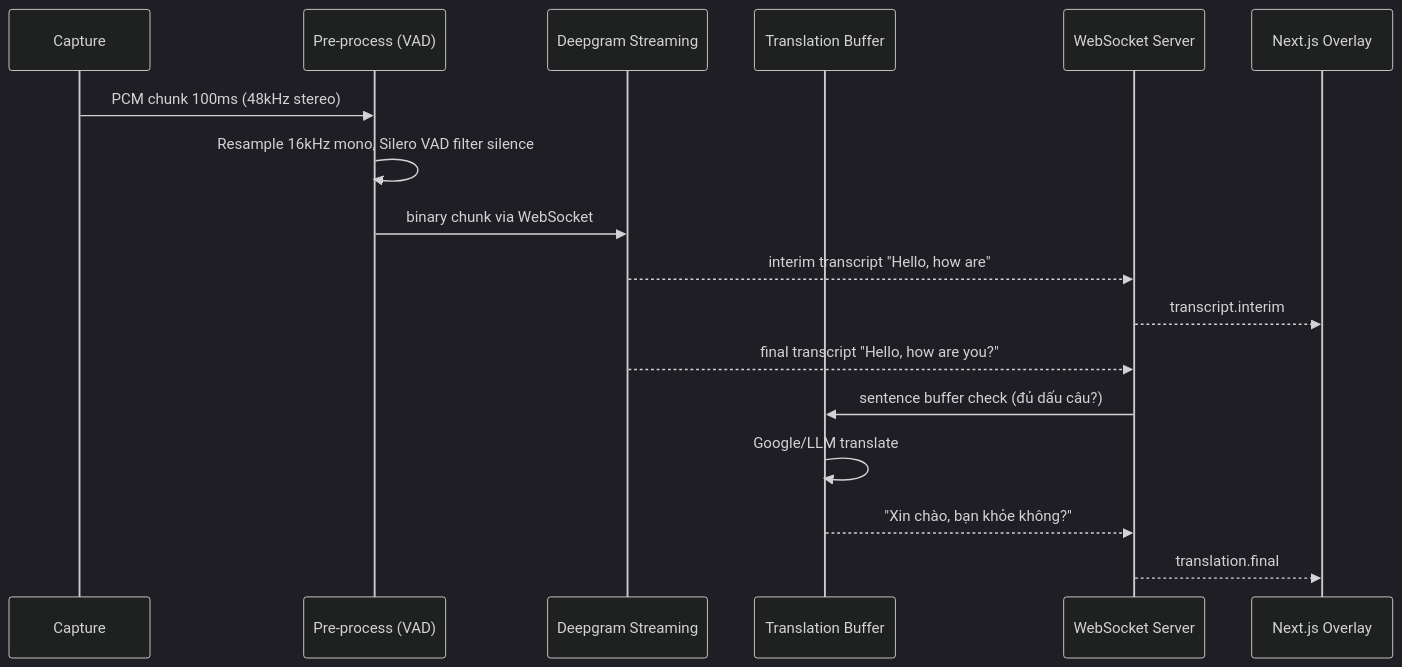
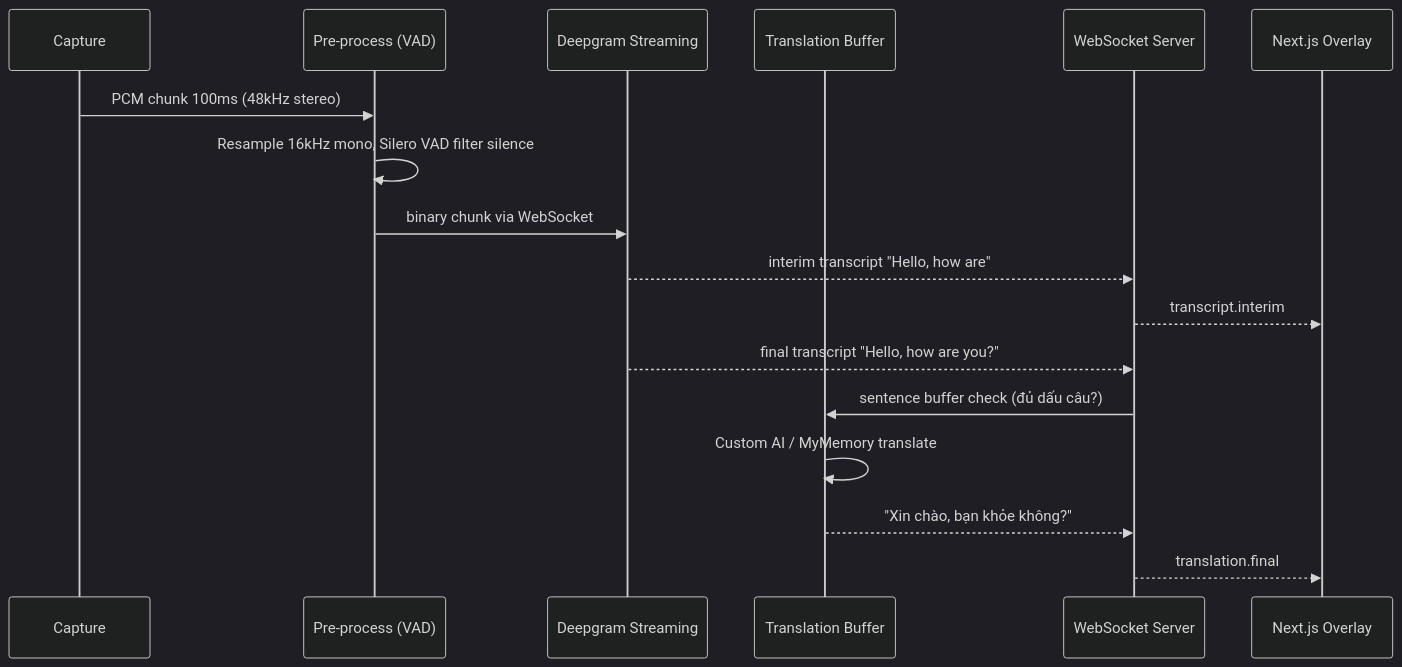
One commit to nbhson/app-live-translate-web changed the second of 2 diagrams in ARCHITECTURE.md. Above: the diagram before and after it, drawn with Mermaid (dark theme). The commit also changed other lines of this file and 36 other files, not shown here.

First line of the commit message:
feat: unified CUSTOM provider, free MyMemory fallback, STT/Translate selectors, room broadcast, SidePanel tab capture (iframe) + Web Speech tab/mic, UrlIframePlayer full allow, docs update

````diff
--- a/ARCHITECTURE.md
+++ b/ARCHITECTURE.md
@@ -51,20 +51,20 @@
 ```mermaid
 sequenceDiagram
     participant Cap as Capture
     participant Pre as Pre-process (VAD)
     participant STT as Deepgram Streaming
     participant Trans as Translation Buffer
     participant WS as WebSocket Server
     participant UI as Next.js Overlay
 
     Cap->>Pre: PCM chunk 100ms (48kHz stereo)
     Pre->>Pre: Resample 16kHz mono, Silero VAD filter silence
     Pre->>STT: binary chunk via WebSocket
     STT-->>WS: interim transcript "Hello, how are"
     WS-->>UI: transcript.interim
     STT-->>WS: final transcript "Hello, how are you?"
     WS->>Trans: sentence buffer check (đủ dấu câu?)
-    Trans->>Trans: Google/LLM translate
+    Trans->>Trans: Custom AI / MyMemory translate
     Trans-->>WS: "Xin chào, bạn khỏe không?"
     WS-->>UI: translation.final
 ```
````
